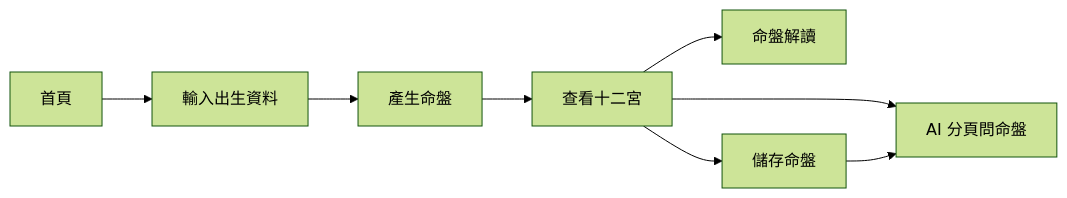
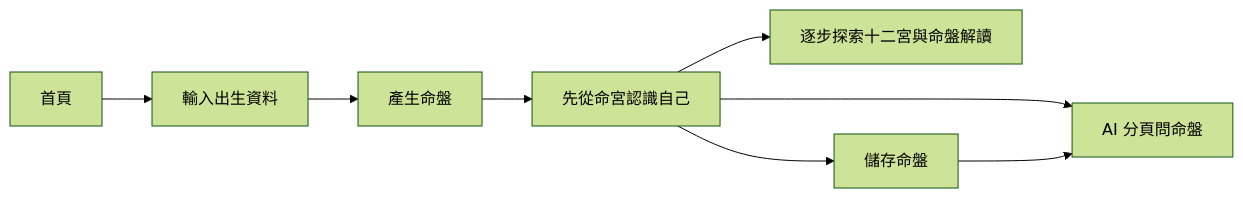
Before and after one commit to narumiruna/mighty-zi-wei: the second of 5 diagrams in PRODUCT.md, drawn with Mermaid (forest theme). The commit also changed other lines of this file and 9 other files, not shown here.

Commit message:
feat(chart): add guided chart exploration

````diff
--- a/PRODUCT.md
+++ b/PRODUCT.md
@@ -168,18 +168,18 @@
 ```mermaid
 flowchart LR
     A["首頁"]
     B["輸入出生資料"]
     C["產生命盤"]
-    D["查看十二宮"]
-    E["命盤解讀"]
+    D["先從命宮認識自己"]
+    E["逐步探索十二宮與命盤解讀"]
     F["儲存命盤"]
     G["AI 分頁問命盤"]
 
     A --> B
     B --> C
     C --> D
     D --> E
     D --> F
     D --> G
     F --> G
 ```
````
